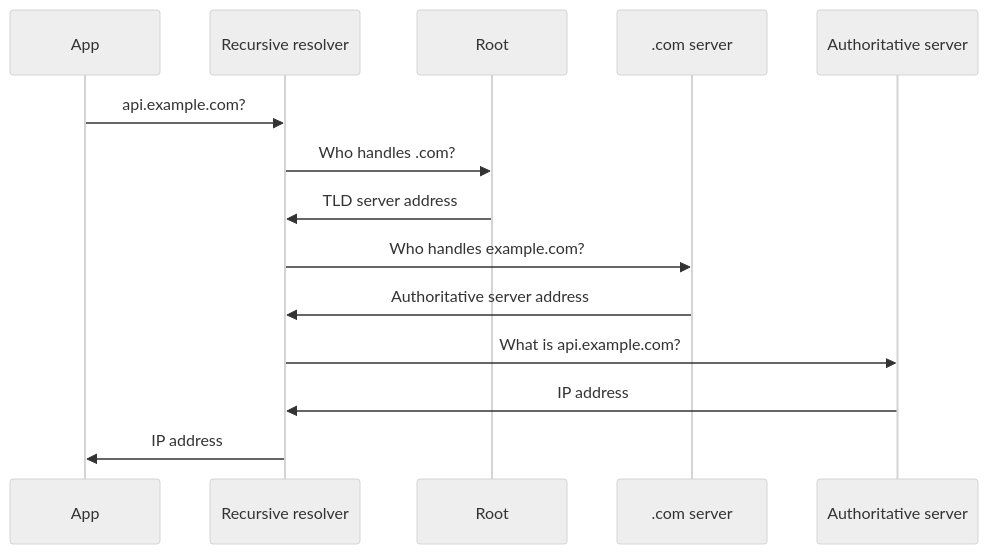
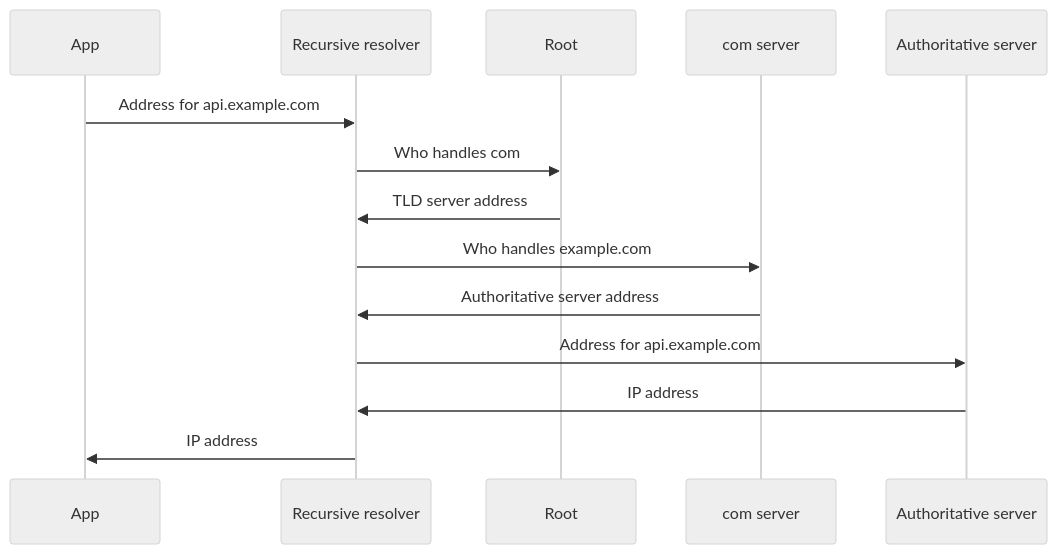
One commit to AthiraMohan14/Complete-Java-Resource-PlayBook changed the second of 3 diagrams in docs/learning/foundations/computer-networking.md. Above: the diagram before and after it, drawn with Mermaid (neutral theme). The commit also changed other lines of this file and 174 other files, not shown here.

````diff
--- a/docs/learning/foundations/computer-networking.md
+++ b/docs/learning/foundations/computer-networking.md
@@ -84,16 +98,16 @@
 ```mermaid
 sequenceDiagram
     participant App
     participant R as Recursive resolver
     participant Root
-    participant TLD as .com server
+    participant TLD as com server
     participant Auth as Authoritative server
-    App->>R: api.example.com?
-    R->>Root: Who handles .com?
+    App->>R: Address for api.example.com
+    R->>Root: Who handles com
     Root->>R: TLD server address
-    R->>TLD: Who handles example.com?
+    R->>TLD: Who handles example.com
     TLD->>R: Authoritative server address
-    R->>Auth: What is api.example.com?
+    R->>Auth: Address for api.example.com
     Auth->>R: IP address
     R->>App: IP address
 ```
````
